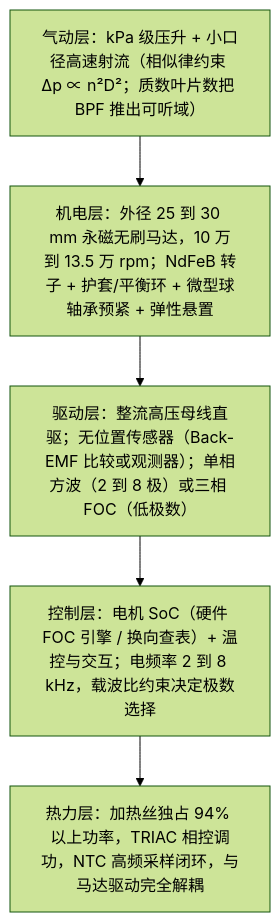
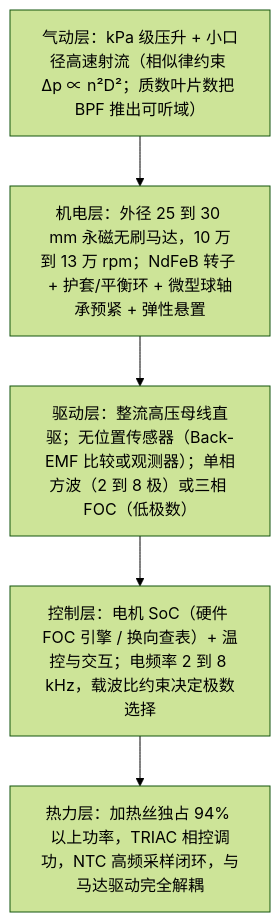
Before and after one commit to kingwonn/moterexpert: the fifth of 5 diagrams in docs/01-高速风筒数字马达调研.md, drawn with Mermaid (forest theme). The commit also changed other lines of this file and 5 other files, not shown here.

````diff
--- a/docs/01-高速风筒数字马达调研.md
+++ b/docs/01-高速风筒数字马达调研.md
@@ -399,9 +399,9 @@
 ```mermaid
 flowchart TB
     L1["气动层：kPa 级压升 + 小口径高速射流（相似律约束 Δp ∝ n²D²；质数叶片数把 BPF 推出可听域）"]
-    L2["机电层：外径 25 到 30 mm 永磁无刷马达，10 万到 13.5 万 rpm；NdFeB 转子 + 护套/平衡环 + 微型球轴承预紧 + 弹性悬置"]
+    L2["机电层：外径 25 到 30 mm 永磁无刷马达，10 万到 13 万 rpm；NdFeB 转子 + 护套/平衡环 + 微型球轴承预紧 + 弹性悬置"]
     L3["驱动层：整流高压母线直驱；无位置传感器（Back-EMF 比较或观测器）；单相方波（2 到 8 极）或三相 FOC（低极数）"]
     L4["控制层：电机 SoC（硬件 FOC 引擎 / 换向查表）+ 温控与交互；电频率 2 到 8 kHz，载波比约束决定极数选择"]
     L5["热力层：加热丝独占 94% 以上功率，TRIAC 相控调功，NTC 高频采样闭环，与马达驱动完全解耦"]
     L1 --> L2 --> L3 --> L4 --> L5
 ```
````
